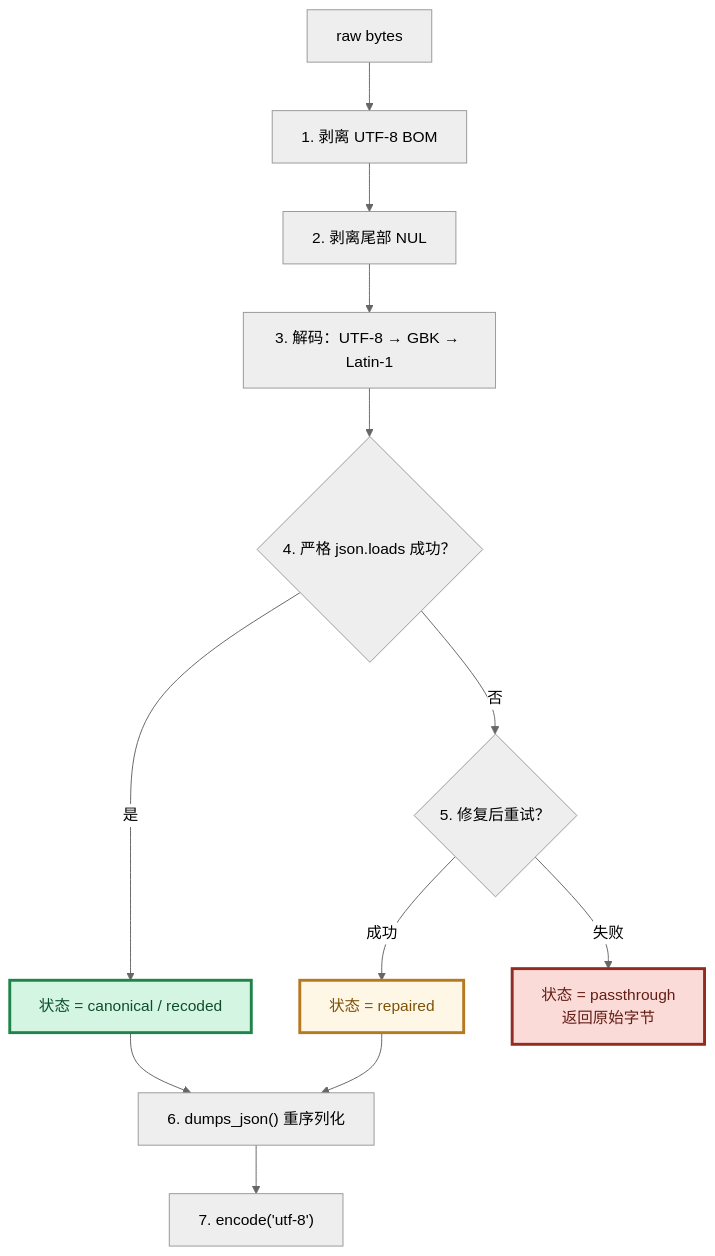
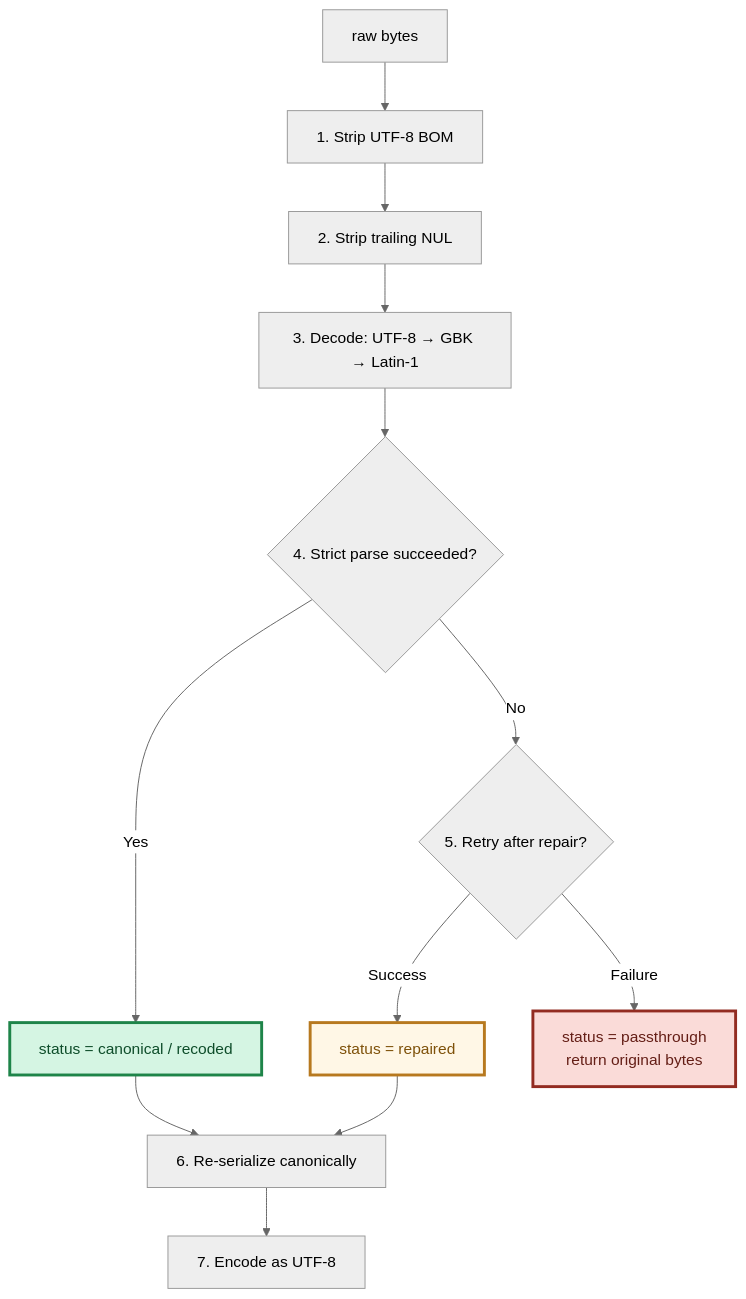
One commit to PassByYou888/LingoFuse changed diagram 12 of 20 in Py/lingofuse/Bridge_User_Guide.md. Above: the diagram before and after it, drawn with Mermaid (neutral theme). The commit also changed other lines of this file, not shown here.

````diff
--- a/Py/lingofuse/Bridge_User_Guide.md
+++ b/Py/lingofuse/Bridge_User_Guide.md
@@ -542,18 +651,18 @@
 ```mermaid
 flowchart TD
-    IN["raw bytes"] --> S1["1. 剥离 UTF-8 BOM"]
-    S1 --> S2["2. 剥离尾部 NUL"]
-    S2 --> S3["3. 解码：UTF-8 → GBK → Latin-1"]
-    S3 --> S4{"4. 严格 json.loads 成功？"}
-    S4 -- "是" --> OK["状态 = canonical / recoded"]
-    S4 -- "否" --> S5{"5. 修复后重试？"}
-    S5 -- "成功" --> REP["状态 = repaired"]
-    S5 -- "失败" --> PASS["状态 = passthrough<br/>返回原始字节"]
-    OK --> OUT["6. dumps_json() 重序列化"]
+    IN["raw bytes"] --> S1["1. Strip UTF-8 BOM"]
+    S1 --> S2["2. Strip trailing NUL"]
+    S2 --> S3["3. Decode: UTF-8 → GBK → Latin-1"]
+    S3 --> S4{"4. Strict parse succeeded?"}
+    S4 -- "Yes" --> OK["status = canonical / recoded"]
+    S4 -- "No" --> S5{"5. Retry after repair?"}
+    S5 -- "Success" --> REP["status = repaired"]
+    S5 -- "Failure" --> PASS["status = passthrough<br/>return original bytes"]
+    OK --> OUT["6. Re-serialize canonically"]
     REP --> OUT
-    OUT --> ENC["7. encode('utf-8')"]
+    OUT --> ENC["7. Encode as UTF-8"]
 
     style OK fill:#D5F5E3,stroke:#1E8449,stroke-width:3px,color:#0E4D2A
     style REP fill:#FFF7E6,stroke:#B7791F,stroke-width:3px,color:#7E5109
     style PASS fill:#FADBD8,stroke:#922B21,stroke-width:3px,color:#641E16
 ```
````
